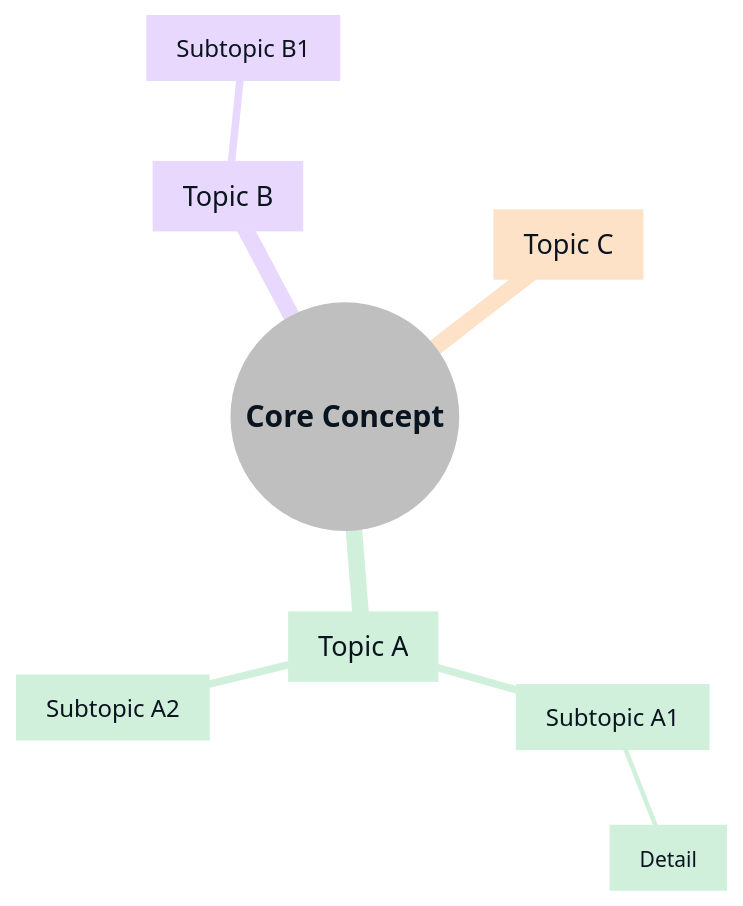
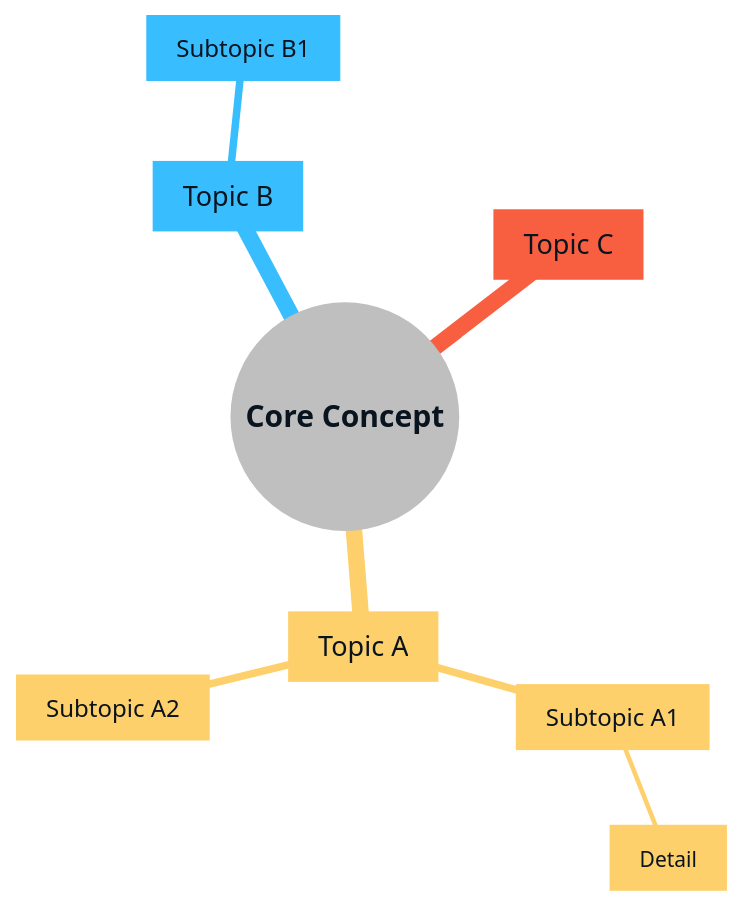
The fifth of 5 diagrams in .claude/skills/suggest-visuals/brand-guidelines.md (OutSystems/docs-howtos), drawn with Mermaid before and after one commit. The commit also changed other lines of this file and 8 other files, not shown here.

````diff
--- a/.claude/skills/suggest-visuals/brand-guidelines.md
+++ b/.claude/skills/suggest-visuals/brand-guidelines.md
@@ -239,12 +235,12 @@
 ```mermaid
-%%{init: {"theme": "base", "themeVariables": {"primaryColor": "#FFFFFF","primaryTextColor": "#0A141E","primaryBorderColor": "#686E76","fontFamily": "NotoSans, Helvetica, Arial, sans-serif","cScale0": "#D6E9FF","cScale1": "#D1F0DC","cScale2": "#E9D8FD","cScale3": "#FEE2C8","cScale4": "#CBF5FA"}}}%%
+%%{init: {"theme": "base", "themeVariables": {"primaryColor": "#FFFFFF","primaryTextColor": "#0A141E","primaryBorderColor": "#686E76","cScale0": "#D6E9FF","cScale1": "#FED06B","cScale2": "#38BDFF","cScale3": "#F85E40","cScale4": "#FEE2C8"}}}%%
 mindmap
   root(("<b style='font-size:20px'>Core Concept</b>"))
     ["<span style='font-size:18px'>Topic A</span>"]
       ["<span style='font-size:16px'>Subtopic A1</span>"]
         ["<span style='font-size:14px'>Detail</span>"]
       ["<span style='font-size:16px'>Subtopic A2</span>"]
     ["<span style='font-size:18px'>Topic B</span>"]
       ["<span style='font-size:16px'>Subtopic B1</span>"]
     ["<span style='font-size:18px'>Topic C</span>"]
 ```
````
